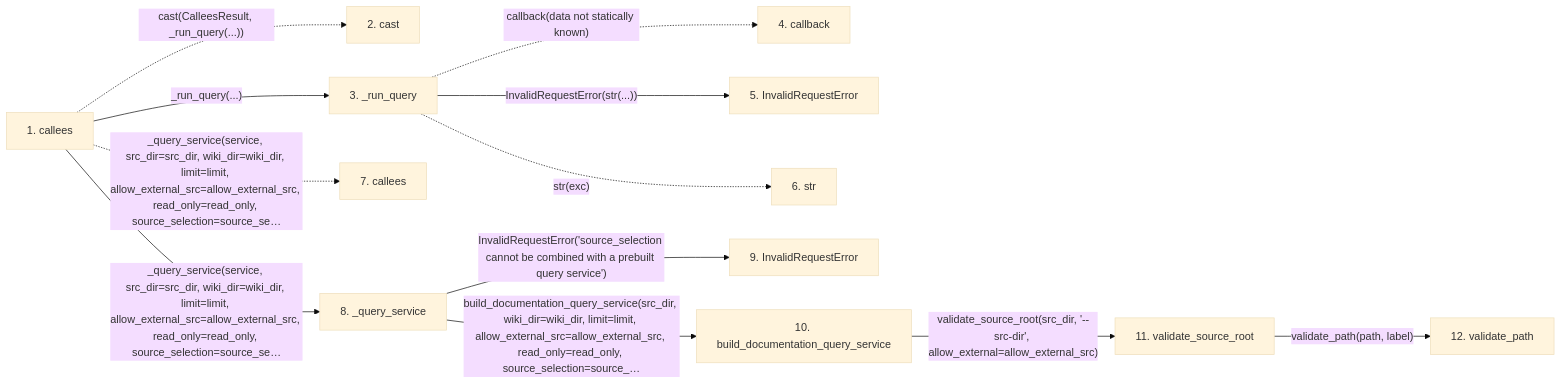
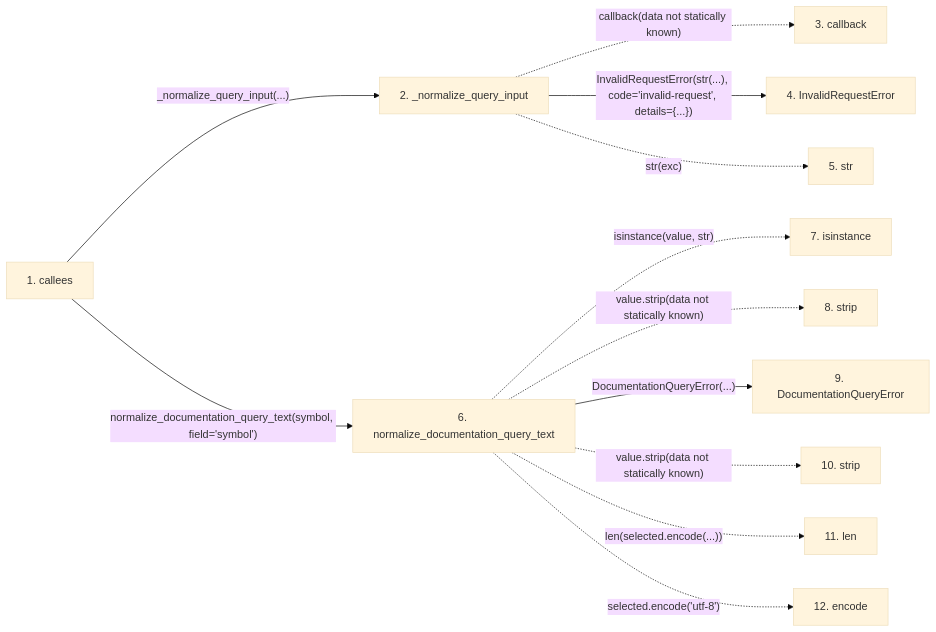
One commit to Denissvgn/python-wiki-llm changed the second of 2 diagrams in docs/llm_wiki/flows/api-callees.md. Above: the diagram before and after it, drawn with Mermaid (base theme). The commit also changed other lines of this file and 364 other files, not shown here.

````diff
--- a/docs/llm_wiki/flows/api-callees.md
+++ b/docs/llm_wiki/flows/api-callees.md
@@ -85,34 +83,31 @@
 ```mermaid
 flowchart LR
     s1["1. callees"]
-    s2["2. cast"]
-    s3["3. _run_query"]
-    s4["4. callback"]
-    s5["5. InvalidRequestError"]
-    s6["6. str"]
-    s7["7. callees"]
-    s8["8. _query_service"]
-    s9["9. InvalidRequestError"]
-    s10["10. build_documentation_query_service"]
-    s11["11. validate_source_root"]
-    s12["12. validate_path"]
-    s1 -. "cast(CalleesResult, _run_query(...))" .-> s2
-    s1 -->|"_run_query(...)"| s3
-    s3 -. "callback(data not statically known)" .-> s4
-    s3 -->|"InvalidRequestError(str(...))"| s5
-    s3 -. "str(exc)" .-> s6
-    s1 -. "_query_service(service, src_dir=src_dir, wiki_dir=wiki_dir, limit=limit, allow_external_src=allow_external_src, read_only=read_only, source_selection=source_se…" .-> s7
-    s1 -->|"_query_service(service, src_dir=src_dir, wiki_dir=wiki_dir, limit=limit, allow_external_src=allow_external_src, read_only=read_only, source_selection=source_se…"| s8
-    s8 -->|"InvalidRequestError('source_selection cannot be combined with a prebuilt query service')"| s9
-    s8 -->|"build_documentation_query_service(src_dir, wiki_dir=wiki_dir, limit=limit, allow_external_src=allow_external_src, read_only=read_only, source_selection=source_…"| s10
-    s10 -->|"validate_source_root(src_dir, '--src-dir', allow_external=allow_external_src)"| s11
-    s11 -->|"validate_path(path, label)"| s12
+    s2["2. _normalize_query_input"]
+    s3["3. callback"]
+    s4["4. InvalidRequestError"]
+    s5["5. str"]
+    s6["6. normalize_documentation_query_text"]
+    s7["7. isinstance"]
+    s8["8. strip"]
+    s9["9. DocumentationQueryError"]
+    s10["10. strip"]
+    s11["11. len"]
+    s12["12. encode"]
+    s1 -->|"_normalize_query_input(...)"| s2
+    s2 -. "callback(data not statically known)" .-> s3
+    s2 -->|"InvalidRequestError(str(...), code='invalid-request', details={...})"| s4
+    s2 -. "str(exc)" .-> s5
+    s1 -->|"normalize_documentation_query_text(symbol, field='symbol')"| s6
+    s6 -. "isinstance(value, str)" .-> s7
+    s6 -. "value.strip(data not statically known)" .-> s8
+    s6 -->|"DocumentationQueryError(...)"| s9
+    s6 -. "value.strip(data not statically known)" .-> s10
+    s6 -. "len(selected.encode(...))" .-> s11
+    s6 -. "selected.encode('utf-8')" .-> s12
     click s1 "../modules/api.md"
-    click s3 "../modules/api.md"
-    click s5 "../modules/api.md"
-    click s8 "../modules/api.md"
-    click s9 "../modules/api.md"
-    click s10 "../modules/api.md"
-    click s11 "../modules/config.md"
-    click s12 "../modules/config.md"
+    click s2 "../modules/api.md"
+    click s4 "../modules/api.md"
+    click s6 "../modules/documentation_query_builder.md"
+    click s9 "../modules/documentation_queries.md"
 ```
````
